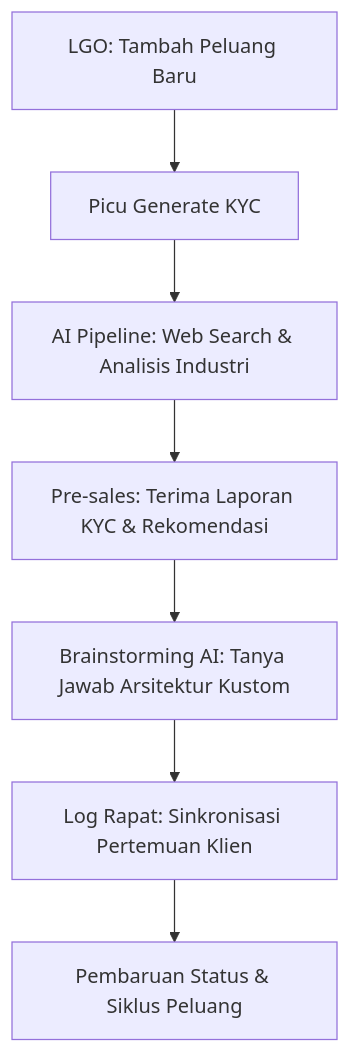
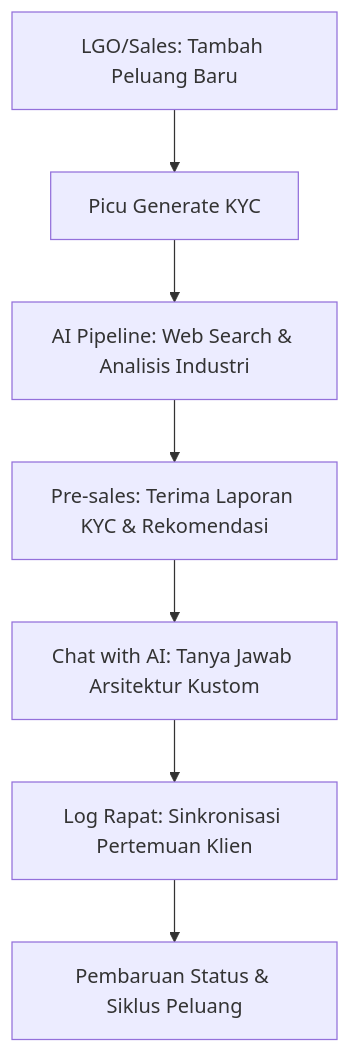
The diagram in MOIP_USER_MANUAL.md (Xedonedron/magna-opportunity-intelligence-platform), drawn with Mermaid before and after one commit. The commit also changed other lines of this file and 19 other files, not shown here.

````diff
--- a/MOIP_USER_MANUAL.md
+++ b/MOIP_USER_MANUAL.md
@@ -11,9 +12,9 @@
 ```mermaid
 graph TD
-    A[LGO: Tambah Peluang Baru] --> B[Picu Generate KYC]
+    A[LGO/Sales: Tambah Peluang Baru] --> B[Picu Generate KYC]
     B --> C[AI Pipeline: Web Search & Analisis Industri]
     C --> D[Pre-sales: Terima Laporan KYC & Rekomendasi]
-    D --> E[Brainstorming AI: Tanya Jawab Arsitektur Kustom]
+    D --> E[Chat with AI: Tanya Jawab Arsitektur Kustom]
     E --> F[Log Rapat: Sinkronisasi Pertemuan Klien]
     F --> G[Pembaruan Status & Siklus Peluang]
 ```
````
